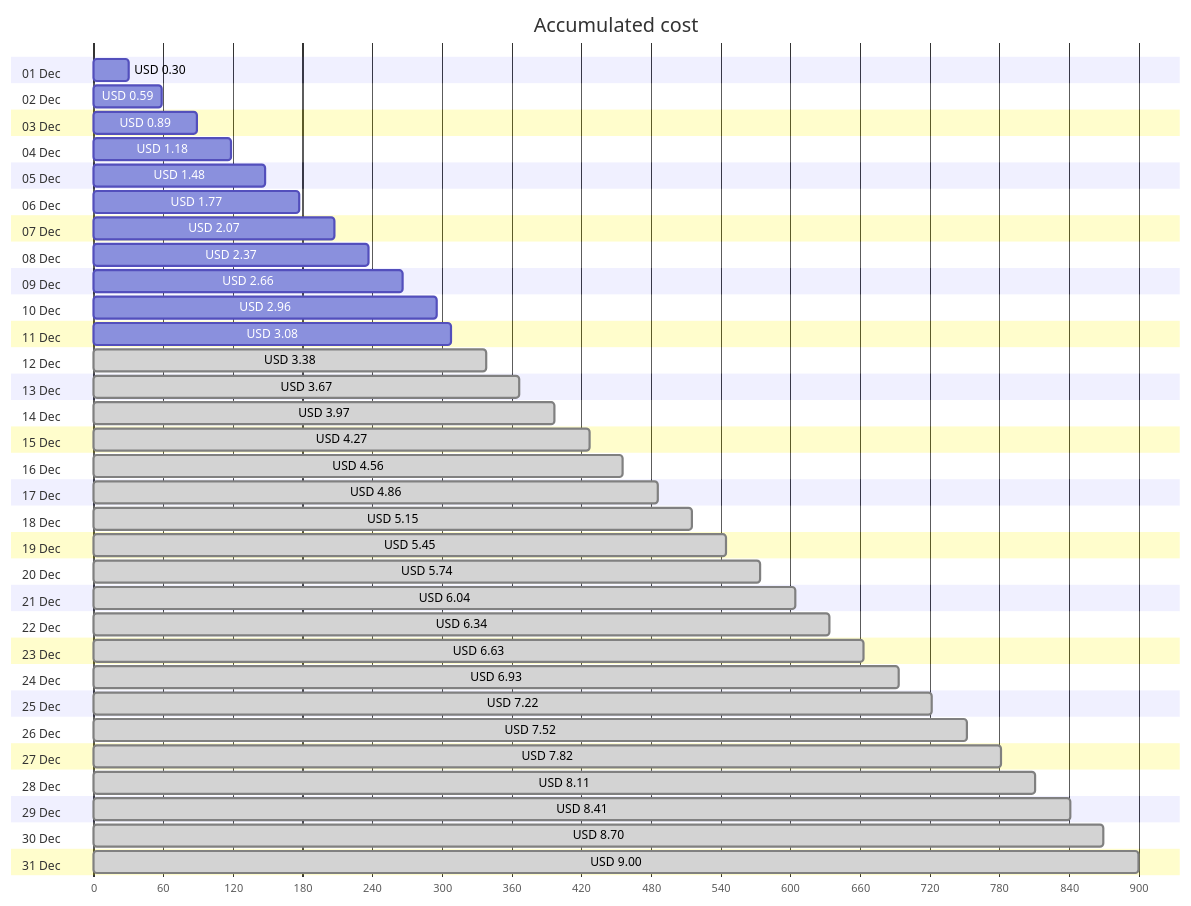
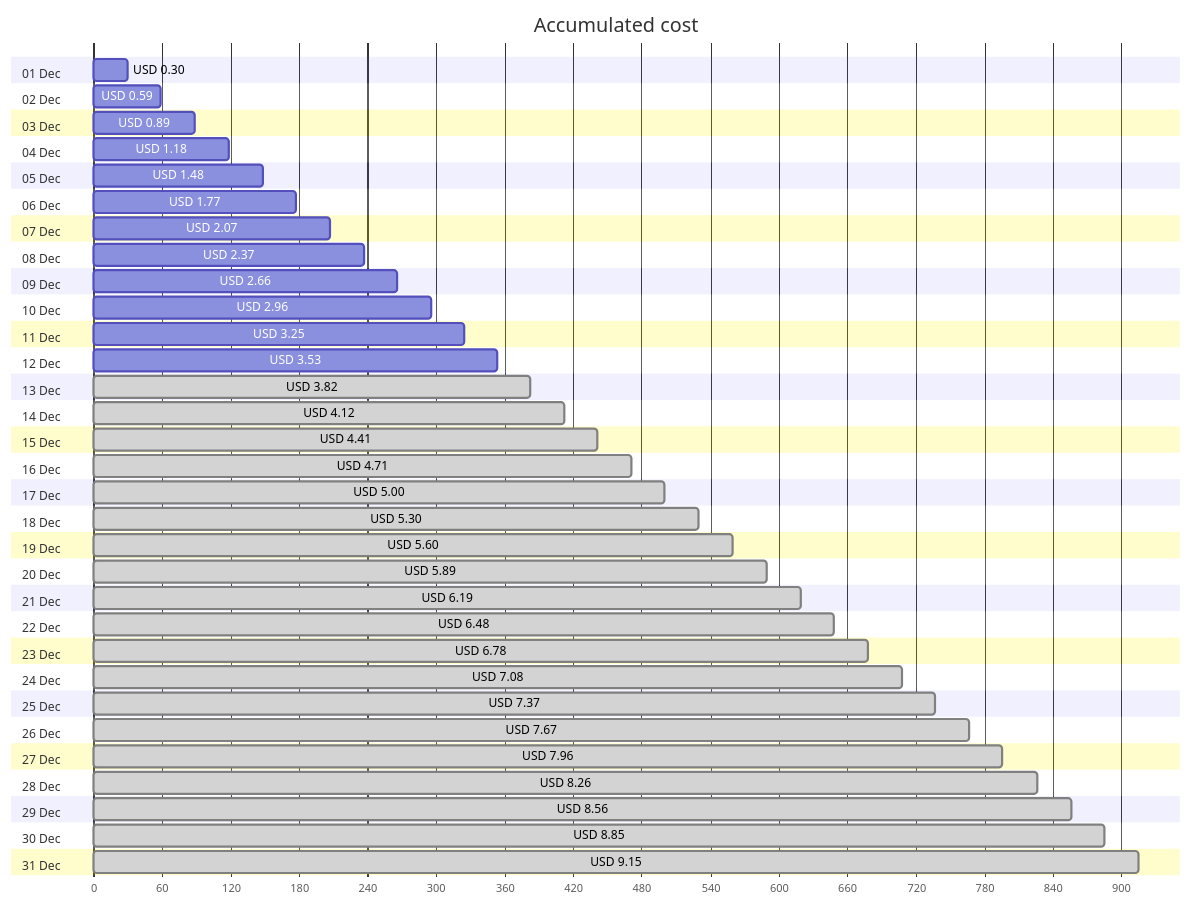
One commit to jpfulton/azure-personal-reports changed the first of 4 diagrams in cost-reports/personal-site/personal-site.md. Above: the diagram before and after it, drawn with Mermaid. The commit also changed other lines of this file and 6 other files, not shown here.

````diff
--- a/cost-reports/personal-site/personal-site.md
+++ b/cost-reports/personal-site/personal-site.md
@@ -20,68 +20,68 @@
 ```mermaid
 gantt
    title Accumulated cost
    dateFormat  X
    axisFormat %s
    section 01 Dec
    USD 0.30 :0, 30
    section 02 Dec
    USD 0.59 :0, 59
    section 03 Dec
    USD 0.89 :0, 89
    section 04 Dec
    USD 1.18 :0, 118
    section 05 Dec
    USD 1.48 :0, 148
    section 06 Dec
    USD 1.77 :0, 177
    section 07 Dec
    USD 2.07 :0, 207
    section 08 Dec
    USD 2.37 :0, 237
    section 09 Dec
    USD 2.66 :0, 266
    section 10 Dec
    USD 2.96 :0, 296
    section 11 Dec
-   USD 3.08 :0, 308
+   USD 3.25 :0, 325
    section 12 Dec
-   USD 3.38 : done, 0, 338
+   USD 3.53 :0, 353
    section 13 Dec
-   USD 3.67 : done, 0, 367
+   USD 3.82 : done, 0, 382
    section 14 Dec
-   USD 3.97 : done, 0, 397
+   USD 4.12 : done, 0, 412
    section 15 Dec
-   USD 4.27 : done, 0, 427
+   USD 4.41 : done, 0, 441
    section 16 Dec
-   USD 4.56 : done, 0, 456
+   USD 4.71 : done, 0, 471
    section 17 Dec
-   USD 4.86 : done, 0, 486
+   USD 5.00 : done, 0, 500
    section 18 Dec
-   USD 5.15 : done, 0, 515
+   USD 5.30 : done, 0, 530
    section 19 Dec
-   USD 5.45 : done, 0, 545
+   USD 5.60 : done, 0, 560
    section 20 Dec
-   USD 5.74 : done, 0, 574
+   USD 5.89 : done, 0, 589
    section 21 Dec
-   USD 6.04 : done, 0, 604
+   USD 6.19 : done, 0, 619
    section 22 Dec
-   USD 6.34 : done, 0, 634
+   USD 6.48 : done, 0, 648
    section 23 Dec
-   USD 6.63 : done, 0, 663
+   USD 6.78 : done, 0, 678
    section 24 Dec
-   USD 6.93 : done, 0, 693
+   USD 7.08 : done, 0, 708
    section 25 Dec
-   USD 7.22 : done, 0, 722
+   USD 7.37 : done, 0, 737
    section 26 Dec
-   USD 7.52 : done, 0, 752
+   USD 7.67 : done, 0, 767
    section 27 Dec
-   USD 7.82 : done, 0, 782
+   USD 7.96 : done, 0, 796
    section 28 Dec
-   USD 8.11 : done, 0, 811
+   USD 8.26 : done, 0, 826
    section 29 Dec
-   USD 8.41 : done, 0, 841
+   USD 8.56 : done, 0, 856
    section 30 Dec
-   USD 8.70 : done, 0, 870
+   USD 8.85 : done, 0, 885
    section 31 Dec
-   USD 9.00 : done, 0, 900
+   USD 9.15 : done, 0, 915
 ```
````
